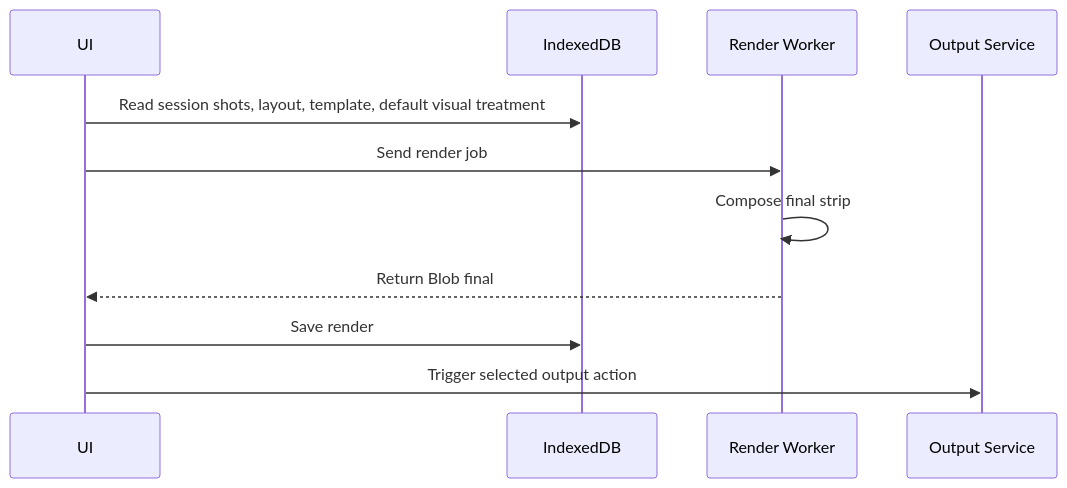
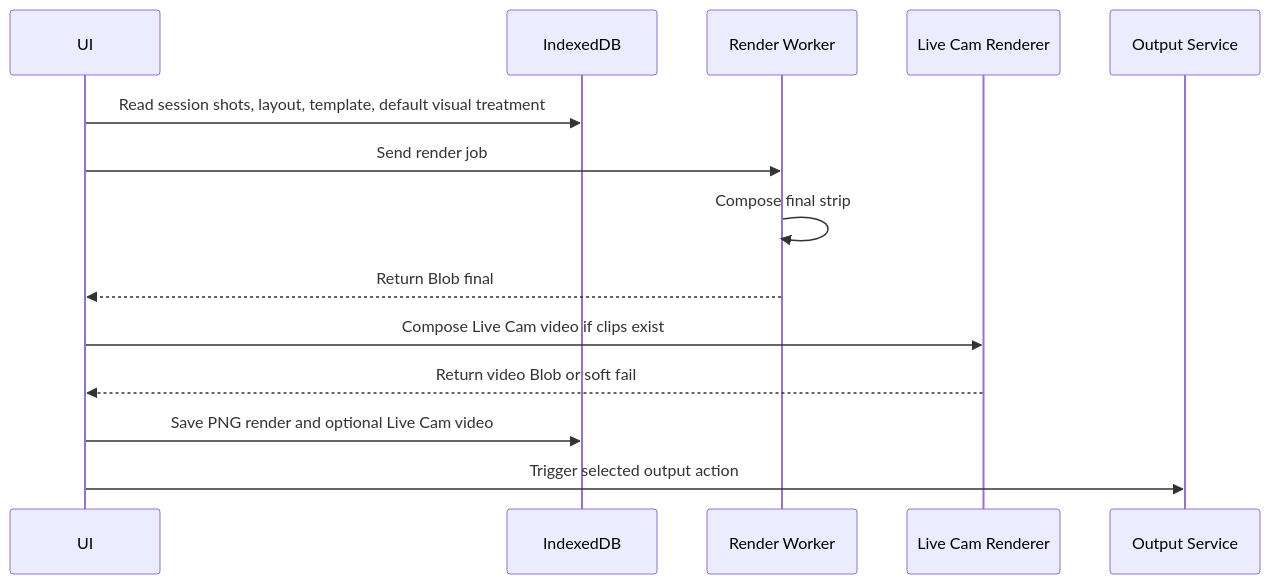
Before and after one commit to kungfufafa/SteCute: the fifth of 5 diagrams in docs/stecute-technical-design.md, drawn with Mermaid. The commit also changed other lines of this file and 12 other files, not shown here.

First line of the commit message:
feat: enhance live cam functionality and output handling

````diff
--- a/docs/stecute-technical-design.md
+++ b/docs/stecute-technical-design.md
@@ -629,14 +661,17 @@
 ```mermaid
 sequenceDiagram
     participant UI as UI
     participant DB as IndexedDB
     participant RW as Render Worker
+    participant LIVE as Live Cam Renderer
     participant OUT as Output Service
 
     UI->>DB: Read session shots, layout, template, default visual treatment
     UI->>RW: Send render job
     RW->>RW: Compose final strip
     RW-->>UI: Return Blob final
-    UI->>DB: Save render
+    UI->>LIVE: Compose Live Cam video if clips exist
+    LIVE-->>UI: Return video Blob or soft fail
+    UI->>DB: Save PNG render and optional Live Cam video
     UI->>OUT: Trigger selected output action
 ```
````
